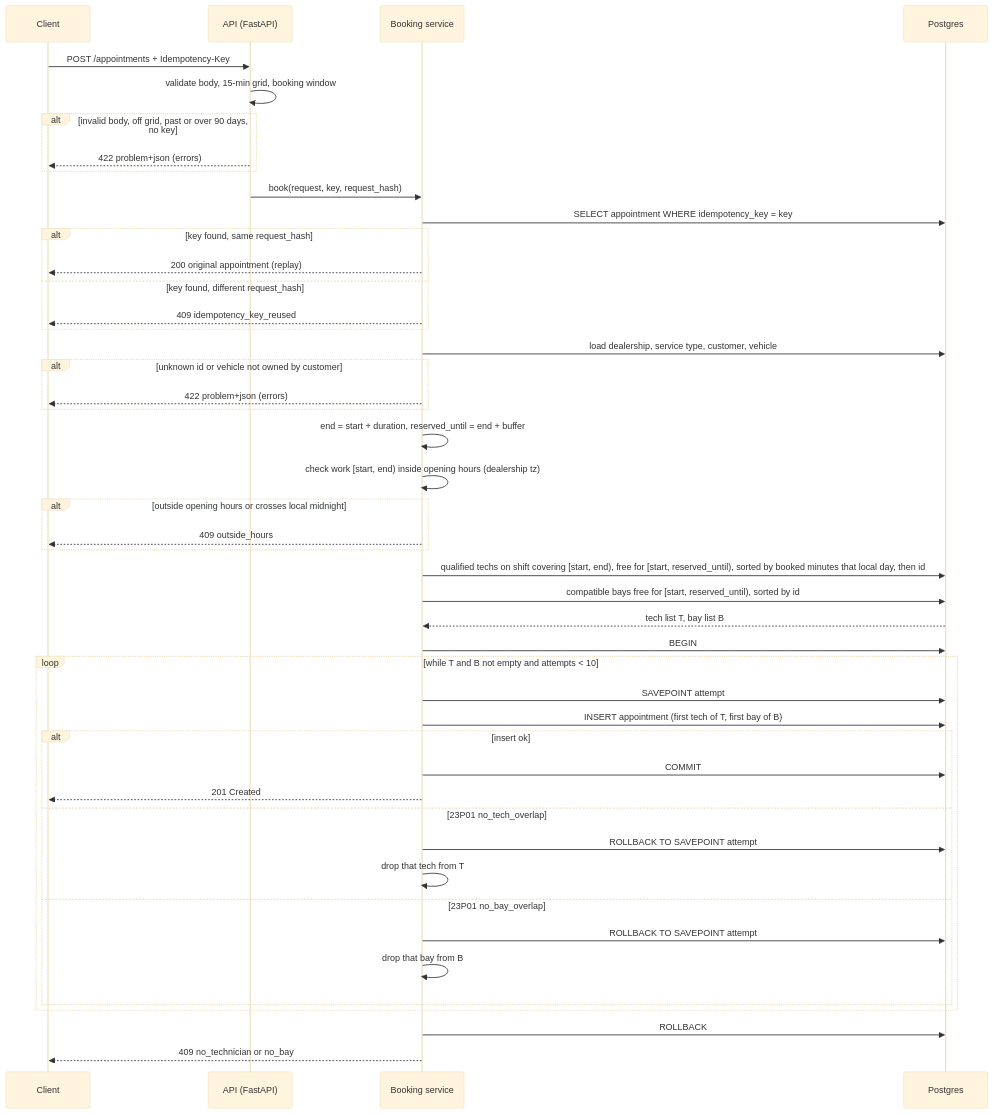
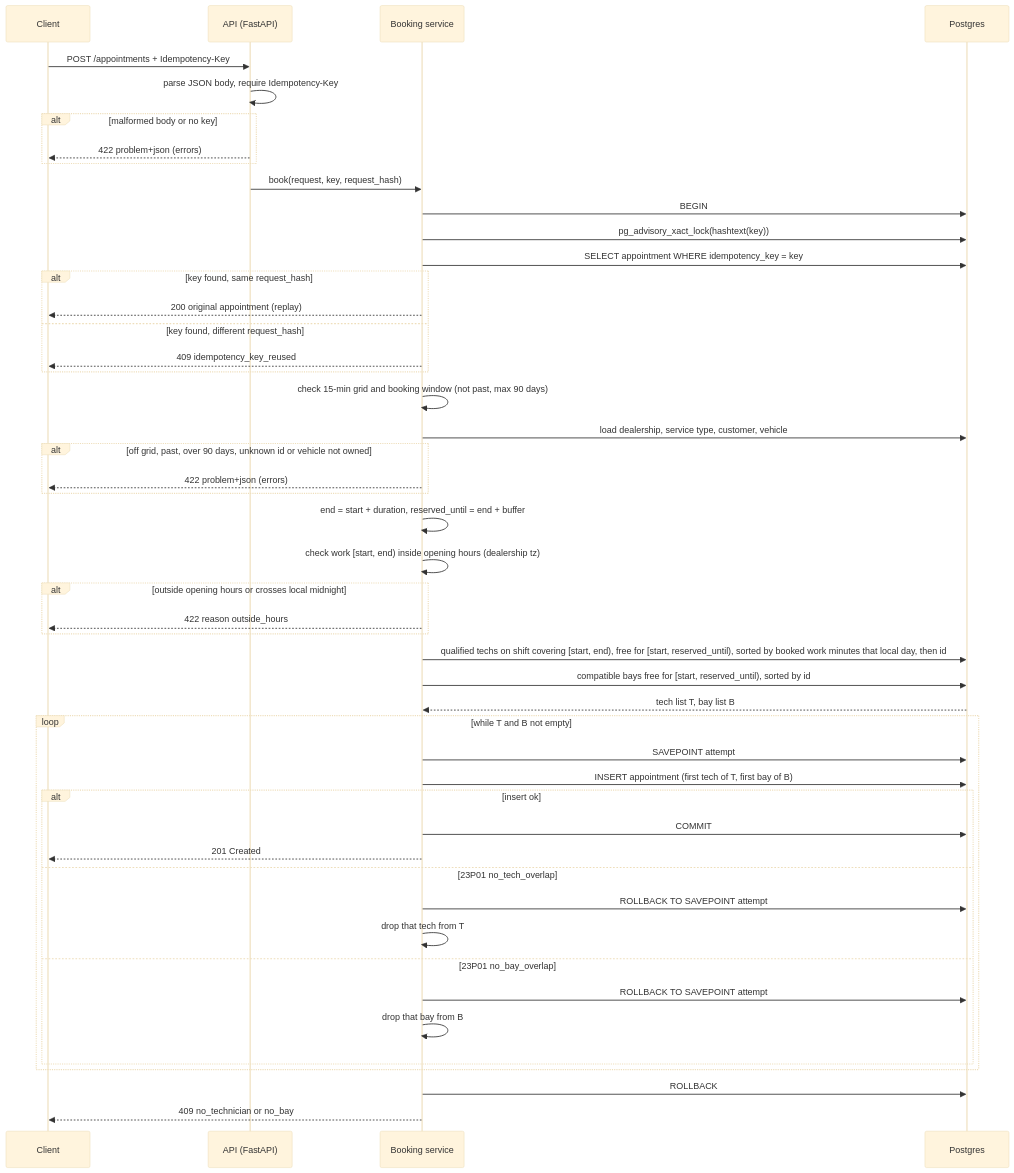
The third of 3 diagrams in docs/design.md (chezzijr/keyloop-service-scheduler), drawn with Mermaid (base theme) before and after one commit. The commit also changed other lines of this file and 1 other file, not shown here.

Commit message:
docs: fix same-key race and review findings

````diff
--- a/docs/design.md
+++ b/docs/design.md
@@ -333,49 +347,51 @@
 ```mermaid
 sequenceDiagram
     participant C as Client
     participant A as API (FastAPI)
     participant S as Booking service
     participant P as Postgres
 
     C->>A: POST /appointments + Idempotency-Key
-    A->>A: validate body, 15-min grid, booking window
-    alt invalid body, off grid, past or over 90 days, no key
+    A->>A: parse JSON body, require Idempotency-Key
+    alt malformed body or no key
         A-->>C: 422 problem+json (errors)
     end
     A->>S: book(request, key, request_hash)
+    S->>P: BEGIN
+    S->>P: pg_advisory_xact_lock(hashtext(key))
     S->>P: SELECT appointment WHERE idempotency_key = key
     alt key found, same request_hash
         S-->>C: 200 original appointment (replay)
     else key found, different request_hash
         S-->>C: 409 idempotency_key_reused
     end
+    S->>S: check 15-min grid and booking window (not past, max 90 days)
     S->>P: load dealership, service type, customer, vehicle
-    alt unknown id or vehicle not owned by customer
+    alt off grid, past, over 90 days, unknown id or vehicle not owned
         S-->>C: 422 problem+json (errors)
     end
     S->>S: end = start + duration, reserved_until = end + buffer
     S->>S: check work [start, end) inside opening hours (dealership tz)
     alt outside opening hours or crosses local midnight
-        S-->>C: 409 outside_hours
+        S-->>C: 422 reason outside_hours
     end
-    S->>P: qualified techs on shift covering [start, end), free for [start, reserved_until), sorted by booked minutes that local day, then id
+    S->>P: qualified techs on shift covering [start, end), free for [start, reserved_until), sorted by booked work minutes that local day, then id
     S->>P: compatible bays free for [start, reserved_until), sorted by id
     P-->>S: tech list T, bay list B
-    S->>P: BEGIN
-    loop while T and B not empty and attempts < 10
+    loop while T and B not empty
         S->>P: SAVEPOINT attempt
         S->>P: INSERT appointment (first tech of T, first bay of B)
         alt insert ok
             S->>P: COMMIT
             S-->>C: 201 Created
         else 23P01 no_tech_overlap
             S->>P: ROLLBACK TO SAVEPOINT attempt
             S->>S: drop that tech from T
         else 23P01 no_bay_overlap
             S->>P: ROLLBACK TO SAVEPOINT attempt
             S->>S: drop that bay from B
         end
     end
     S->>P: ROLLBACK
     S-->>C: 409 no_technician or no_bay
 ```
````
